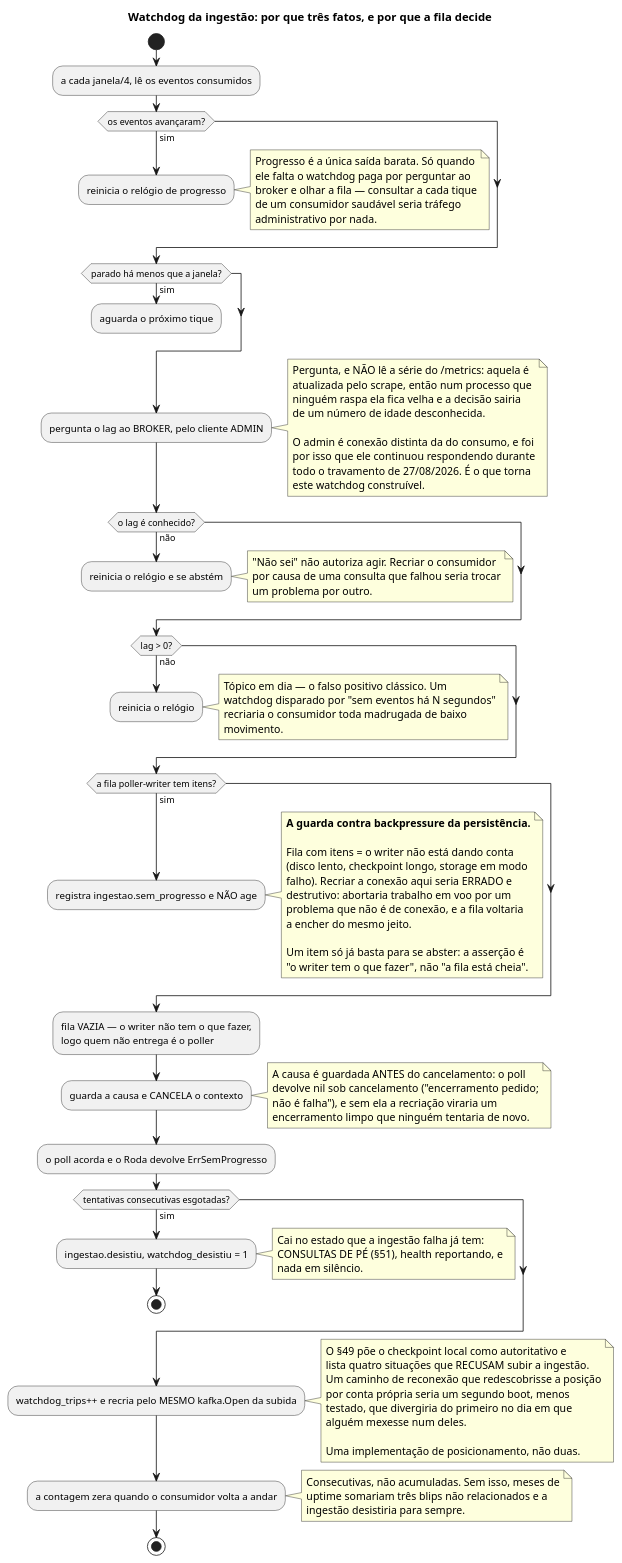
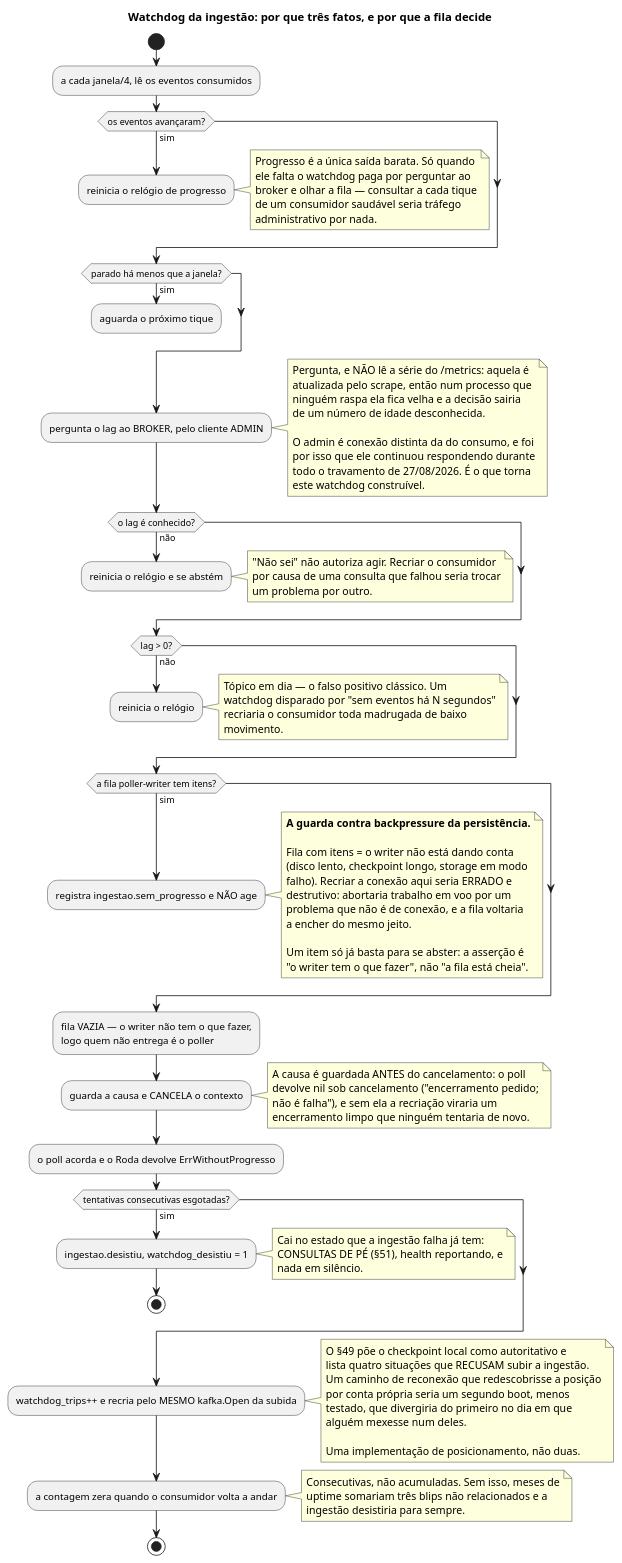
Before and after one commit to nishisan-dev/nishidb: the diagram in docs/diagrams/watchdog_ingestao.puml, drawn with PlantUML. The commit also changed 360 other files, not shown here.

```diff
--- a/docs/diagrams/watchdog_ingestao.puml
+++ b/docs/diagrams/watchdog_ingestao.puml
@@ -1,121 +1,121 @@
 @startuml watchdog_ingestao
 title Watchdog da ingestão: por que três fatos, e por que a fila decide
 
 start
 
 :a cada janela/4, lê os eventos consumidos;
 
 if (os eventos avançaram?) then (sim)
   :reinicia o relógio de progresso;
   note right
     Progresso é a única saída barata. Só quando
     ele falta o watchdog paga por perguntar ao
     broker e olhar a fila — consultar a cada tique
     de um consumidor saudável seria tráfego
     administrativo por nada.
   end note
   detach
 endif
 
 if (parado há menos que a janela?) then (sim)
   :aguarda o próximo tique;
   detach
 endif
 
 :pergunta o lag ao BROKER, pelo cliente ADMIN;
 note right
   Pergunta, e NÃO lê a série do /metrics: aquela é
   atualizada pelo scrape, então num processo que
   ninguém raspa ela fica velha e a decisão sairia
   de um número de idade desconhecida.
 
   O admin é conexão distinta da do consumo, e foi
   por isso que ele continuou respondendo durante
   todo o travamento de 27/08/2026. É o que torna
   este watchdog construível.
 end note
 
 if (o lag é conhecido?) then (não)
   :reinicia o relógio e se abstém;
   note right
     "Não sei" não autoriza agir. Recriar o consumidor
     por causa de uma consulta que falhou seria trocar
     um problema por outro.
   end note
   detach
 endif
 
 if (lag > 0?) then (não)
   :reinicia o relógio;
   note right
     Tópico em dia — o falso positivo clássico. Um
     watchdog disparado por "sem eventos há N segundos"
     recriaria o consumidor toda madrugada de baixo
     movimento.
   end note
   detach
 endif
 
 if (a fila poller-writer tem itens?) then (sim)
   :registra ingestao.sem_progresso e NÃO age;
   note right
     **A guarda contra backpressure da persistência.**
 
     Fila com itens = o writer não está dando conta
     (disco lento, checkpoint longo, storage em modo
     falho). Recriar a conexão aqui seria ERRADO e
     destrutivo: abortaria trabalho em voo por um
     problema que não é de conexão, e a fila voltaria
     a encher do mesmo jeito.
 
     Um item só já basta para se abster: a asserção é
     "o writer tem o que fazer", não "a fila está cheia".
   end note
   detach
 endif
 
 :fila VAZIA — o writer não tem o que fazer,
 logo quem não entrega é o poller;
 
 :guarda a causa e CANCELA o contexto;
 note right
   A causa é guardada ANTES do cancelamento: o poll
   devolve nil sob cancelamento ("encerramento pedido;
   não é falha"), e sem ela a recriação viraria um
   encerramento limpo que ninguém tentaria de novo.
 end note
 
-:o poll acorda e o Roda devolve ErrSemProgresso;
+:o poll acorda e o Roda devolve ErrWithoutProgresso;
 
 if (tentativas consecutivas esgotadas?) then (sim)
   :ingestao.desistiu, watchdog_desistiu = 1;
   note right
     Cai no estado que a ingestão falha já tem:
     CONSULTAS DE PÉ (§51), health reportando, e
     nada em silêncio.
   end note
   stop
 endif
 
 :watchdog_trips++ e recria pelo MESMO kafka.Open da subida;
 note right
   O §49 põe o checkpoint local como autoritativo e
   lista quatro situações que RECUSAM subir a ingestão.
   Um caminho de reconexão que redescobrisse a posição
   por conta própria seria um segundo boot, menos
   testado, que divergiria do primeiro no dia em que
   alguém mexesse num deles.
 
   Uma implementação de posicionamento, não duas.
 end note
 
 :a contagem zera quando o consumidor volta a andar;
 note right
   Consecutivas, não acumuladas. Sem isso, meses de
   uptime somariam três blips não relacionados e a
   ingestão desistiria para sempre.
 end note
 
 stop
 
 @enduml
```
